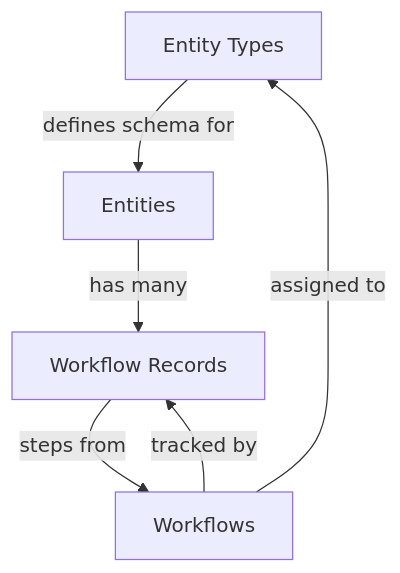
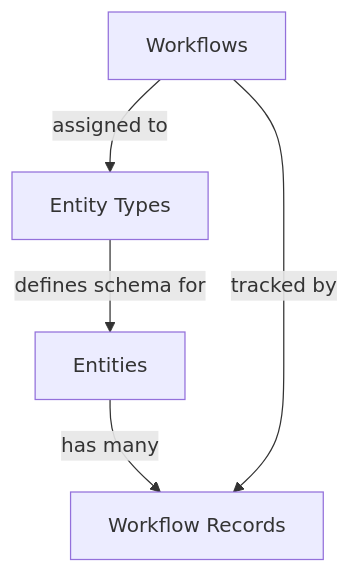
One commit to Sagaa-Teknologi-Nusantara/palmvue-web-revamp-demo changed the diagram in context/project_overview.md. Above: the diagram before and after it, drawn with Mermaid. The commit also changed other lines of this file and 10 other files, not shown here.

````diff
--- a/context/project_overview.md
+++ b/context/project_overview.md
@@ -31,8 +30,7 @@
 ```mermaid
 graph TD
     ET[Entity Types] -->|defines schema for| E[Entities]
     W[Workflows] -->|assigned to| ET
     E -->|has many| WR[Workflow Records]
     W -->|tracked by| WR
-    WR -->|steps from| W
 ```
````
